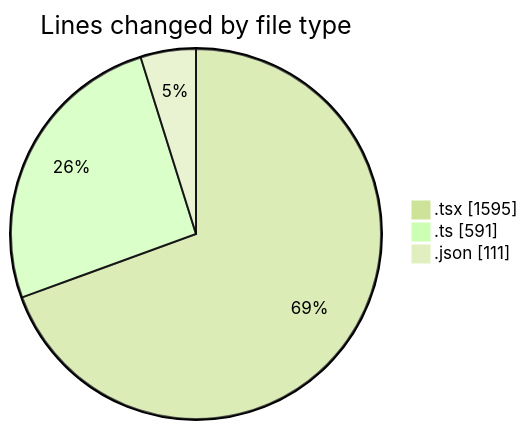
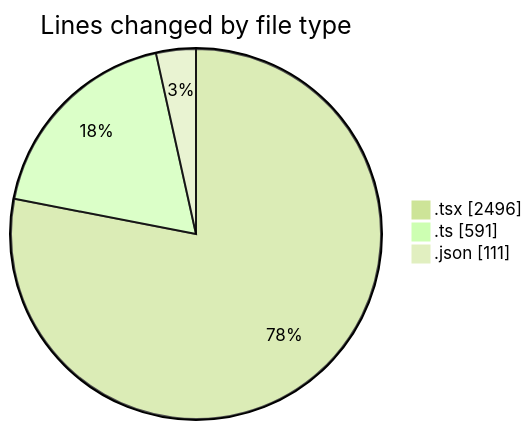
One commit to julien-gomy/code-tracking changed the first of 2 diagrams in 2025-11-08/eventscop-frontend-guide__workspace_/README.md. Above: the diagram before and after it, drawn with Mermaid (forest theme). The commit also changed other lines of this file and 1 other file, not shown here.

````diff
--- a/2025-11-08/eventscop-frontend-guide__workspace_/README.md
+++ b/2025-11-08/eventscop-frontend-guide__workspace_/README.md
@@ -36,7 +42,7 @@
 ```mermaid
 pie showData
 title Lines changed by file type
-".tsx" : 1595
+".tsx" : 2496
 ".ts" : 591
 ".json" : 111
 ```
````
